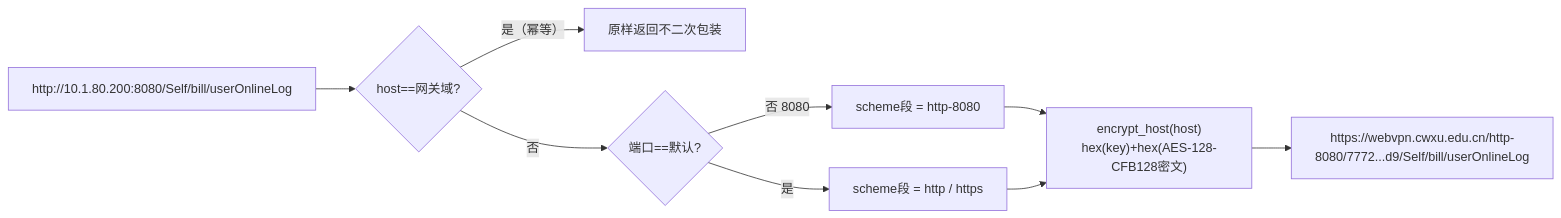
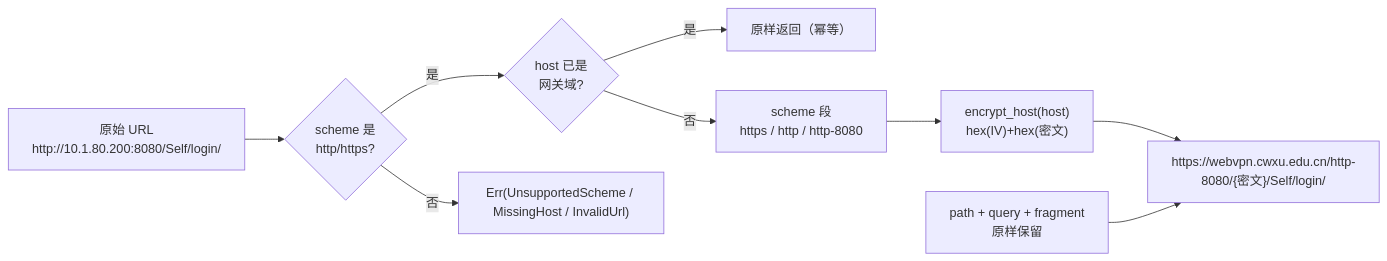
The second of 10 diagrams in .codewiki/modules/desktop-backend-vpn-integration.md (ikliml666/Wxxy-CampusLogin), drawn with Mermaid before and after one commit. The commit also changed other lines of this file and 15 other files, not shown here.

````diff
--- a/.codewiki/modules/desktop-backend-vpn-integration.md
+++ b/.codewiki/modules/desktop-backend-vpn-integration.md
@@ -110,11 +130,19 @@
 ```mermaid
 flowchart LR
-    IN["http://10.1.80.200:8080/Self/bill/userOnlineLog"] --> P{"host==网关域?"}
-    P -- "是（幂等）" --> OUT0["原样返回不二次包装"]
-    P -- "否" --> SEG{"端口==默认?"}
-    SEG -- "否 8080" --> S1["scheme段 = http-8080"]
-    SEG -- "是" --> S2["scheme段 = http / https"]
-    S1 --> E["encrypt_host(host)<br/>hex(key)+hex(AES-128-CFB128密文)"]
-    S2 --> E
-    E --> OUT["https://webvpn.cwxu.edu.cn/http-8080/7772...d9/Self/bill/userOnlineLog"]
+    RAW["原始 URL<br/>http://10.1.80.200:8080/Self/login/"]
+    SCHEME{"scheme 是<br/>http/https?"}
+    HOSTCHK{"host 已是<br/>网关域?"}
+    IDPT["原样返回（幂等）"]
+    SEG["scheme 段<br/>https / http / http-8080"]
+    ENC["encrypt_host(host)<br/>hex(IV)+hex(密文)"]
+    TAIL["path + query + fragment<br/>原样保留"]
+    OUT["https://webvpn.cwxu.edu.cn/http-8080/{密文}/Self/login/"]
+    ERR["Err(UnsupportedScheme / MissingHost / InvalidUrl)"]
+
+    RAW --> SCHEME
+    SCHEME -- "否" --> ERR
+    SCHEME -- "是" --> HOSTCHK
+    HOSTCHK -- "是" --> IDPT
+    HOSTCHK -- "否" --> SEG --> ENC --> OUT
+    TAIL --> OUT
 ```
````
